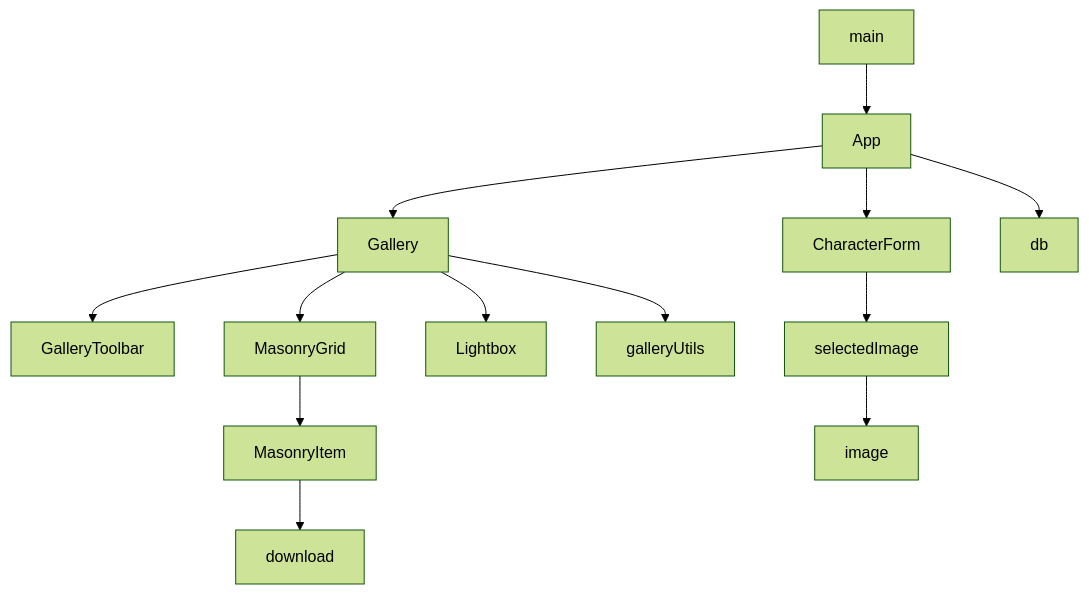
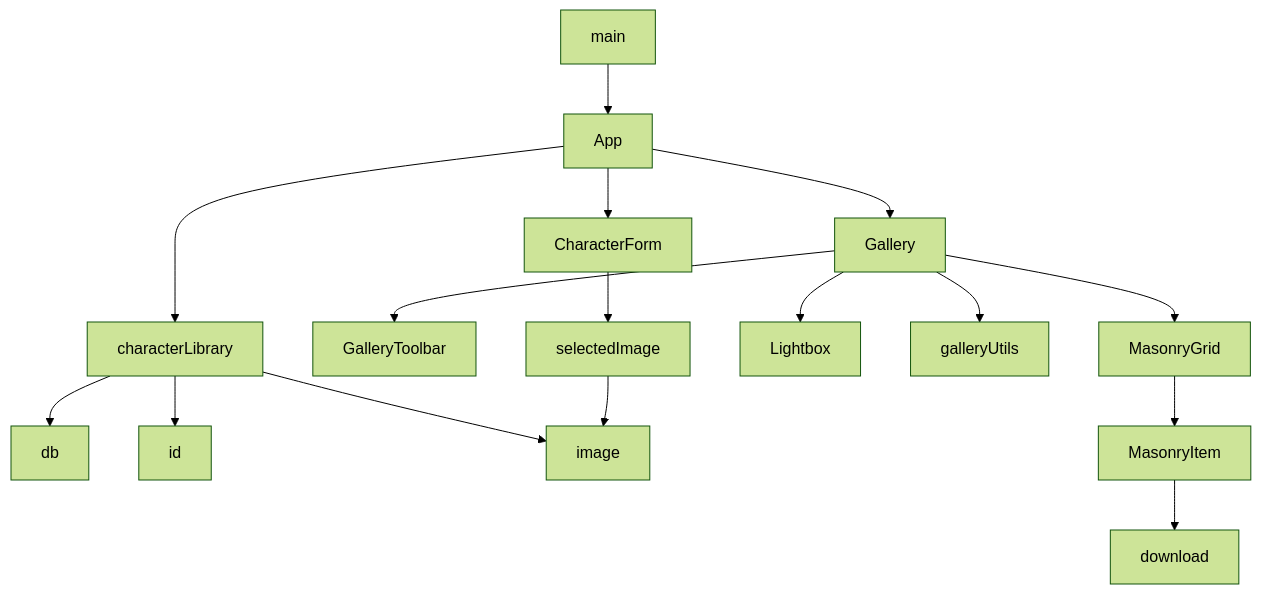
One commit to SairaDev02/sillytavern-vault changed the diagram in docs/LLM-WIKI.md. Above: the diagram before and after it, drawn with Mermaid (forest theme). The commit also changed other lines of this file and 11 other files, not shown here.

````diff
--- a/docs/LLM-WIKI.md
+++ b/docs/LLM-WIKI.md
@@ -63,15 +65,18 @@
 ```mermaid
 graph TD
   main --> App
+  App --> characterLibrary
   App --> Gallery
   App --> CharacterForm
-  App --> db
+  characterLibrary --> db
+  characterLibrary --> id
+  characterLibrary --> image
   Gallery --> GalleryToolbar
   Gallery --> MasonryGrid
   Gallery --> Lightbox
   Gallery --> galleryUtils
   MasonryGrid --> MasonryItem
   MasonryItem --> download
   CharacterForm --> selectedImage
   selectedImage --> image
 ```
````
